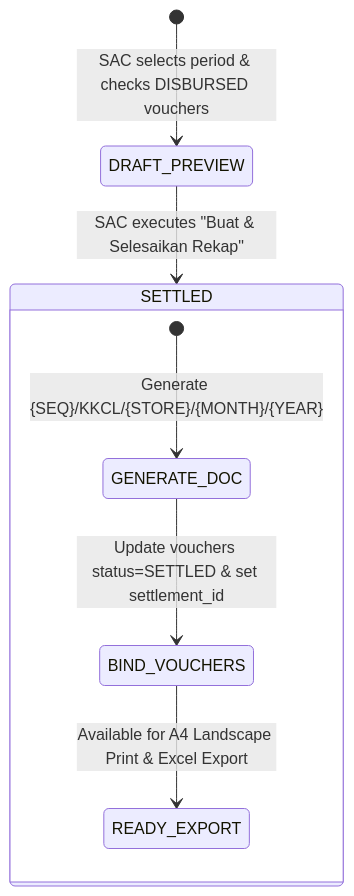
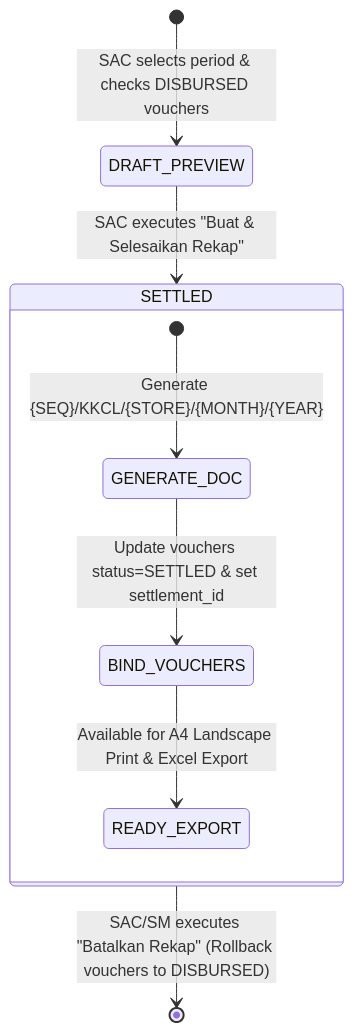
One commit to bintangarama/GCOINS changed the second of 7 diagrams in docs/06-workflow-state-machine.md. Above: the diagram before and after it, drawn with Mermaid. The commit also changed other lines of this file and 99 other files, not shown here.

````diff
--- a/docs/06-workflow-state-machine.md
+++ b/docs/06-workflow-state-machine.md
@@ -56,10 +58,11 @@
 ```mermaid
 stateDiagram-v2
     [*] --> DRAFT_PREVIEW: SAC selects period & checks DISBURSED vouchers
     DRAFT_PREVIEW --> SETTLED: SAC executes "Buat & Selesaikan Rekap"
     state SETTLED {
         [*] --> GENERATE_DOC: Generate {SEQ}/KKCL/{STORE}/{MONTH}/{YEAR}
         GENERATE_DOC --> BIND_VOUCHERS: Update vouchers status=SETTLED & set settlement_id
         BIND_VOUCHERS --> READY_EXPORT: Available for A4 Landscape Print & Excel Export
     }
+    SETTLED --> [*]: SAC/SM executes "Batalkan Rekap" (Rollback vouchers to DISBURSED)
 ```
````
